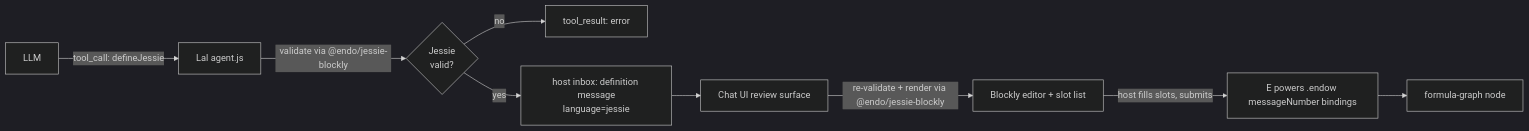
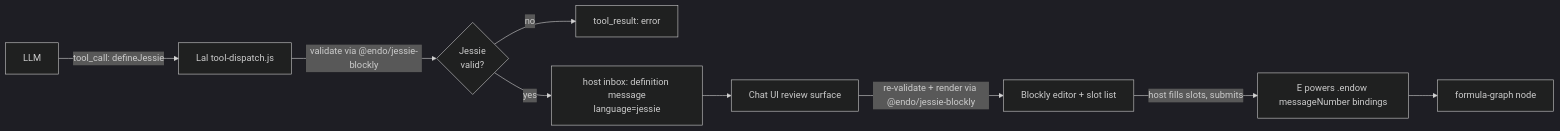
Before and after one commit to endojs/endo-but-for-bots: the diagram in designs/lal-jessie-blocky.md, drawn with Mermaid (dark theme). The commit also changed other lines of this file, not shown here.

First line of the commit message:
design: address panel round-2 must-fix items for defineJessie

````diff
--- a/designs/lal-jessie-blocky.md
+++ b/designs/lal-jessie-blocky.md
@@ -135,11 +143,11 @@
 ```mermaid
 flowchart LR
-    LLM[LLM] -->|tool_call: defineJessie| Lal[Lal agent.js]
+    LLM[LLM] -->|tool_call: defineJessie| Lal[Lal tool-dispatch.js]
     Lal -->|validate via @endo/jessie-blockly| JV{Jessie<br/>valid?}
     JV -->|no| TR[tool_result: error]
     JV -->|yes| HM[host inbox: definition message<br/>language=jessie]
     HM --> Chat[Chat UI review surface]
     Chat -->|re-validate + render via @endo/jessie-blockly| BE[Blockly editor + slot list]
     BE -->|host fills slots, submits| Eval[E powers .endow messageNumber bindings]
     Eval --> Result[formula-graph node]
 ```
````
